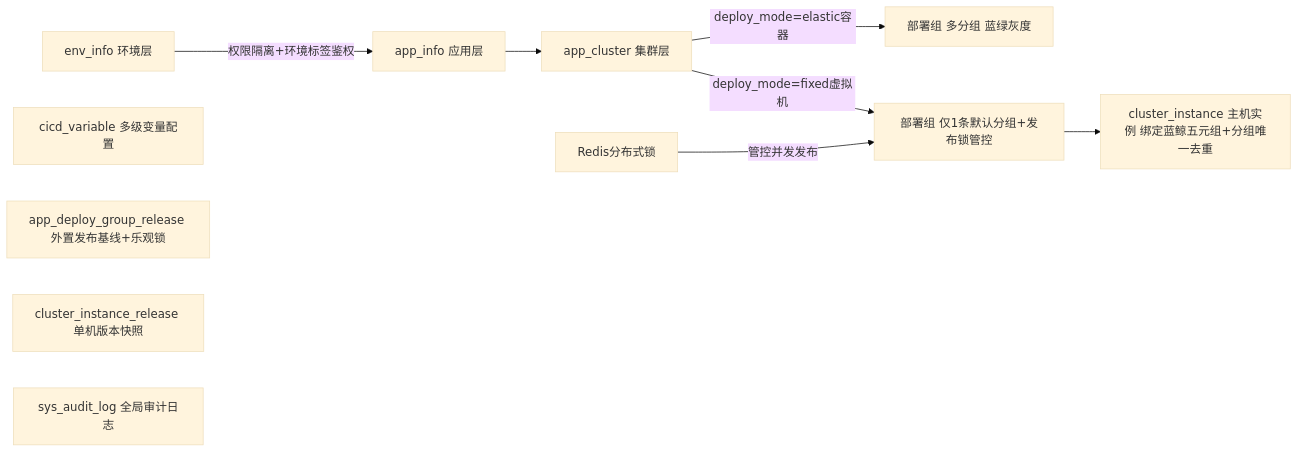
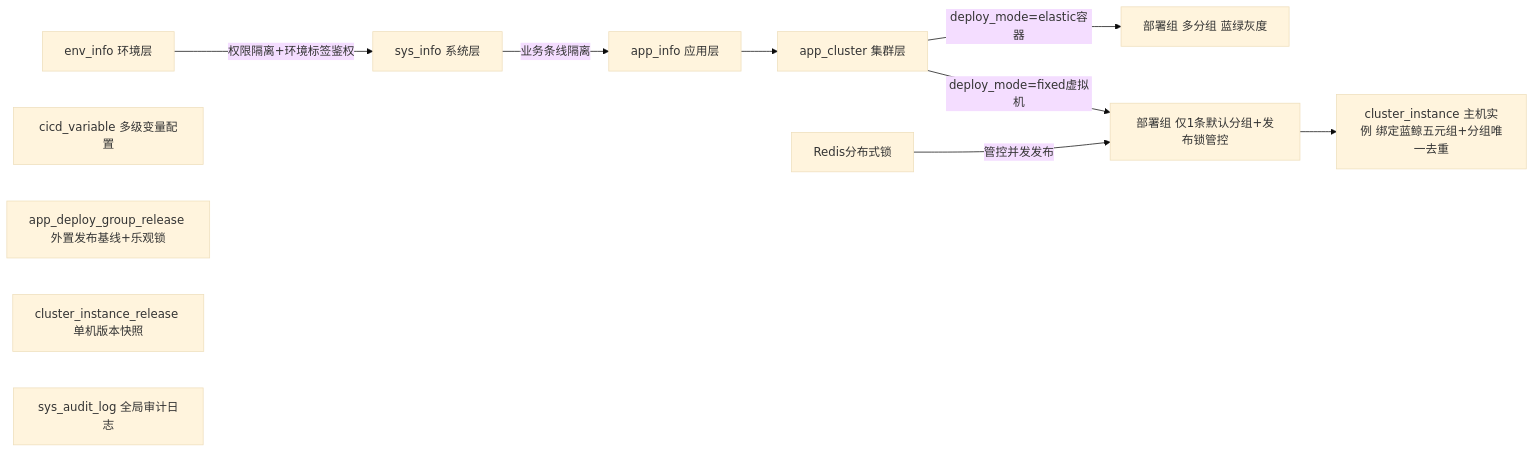
One commit to khh12121213/cmdb-demo changed the first of 2 diagrams in docs/实施设计方案.md. Above: the diagram before and after it, drawn with Mermaid (base theme). The commit also changed other lines of this file and 11 other files, not shown here.

First line of the commit message:
feat: add sys_info table — env→sys→app layer, dual owner (dev/ops)

````diff
--- a/docs/实施设计方案.md
+++ b/docs/实施设计方案.md
@@ -29,17 +29,18 @@
 ```mermaid
 graph LR
-A[env_info 环境层] --权限隔离+环境标签鉴权--> B[app_info 应用层]
+A[env_info 环境层] --权限隔离+环境标签鉴权--> B1[sys_info 系统层]
+B1 --业务条线隔离--> B[app_info 应用层]
 B --> C[app_cluster 集群层]
 C --deploy_mode=elastic容器--> D1[部署组 多分组 蓝绿灰度]
 C --deploy_mode=fixed虚拟机--> D2[部署组 仅1条默认分组+发布锁管控]
 D2 --> E[cluster_instance 主机实例 绑定蓝鲸五元组+分组唯一去重]
 %% 配套附属业务表
 F[cicd_variable 多级变量配置]
 G[app_deploy_group_release 外置发布基线+乐观锁]
 H[cluster_instance_release 单机版本快照]
 I[sys_audit_log 全局审计日志]
 %% 联动能力
 J[Redis分布式锁] --管控并发发布--> D2
 
 
 ```
````
